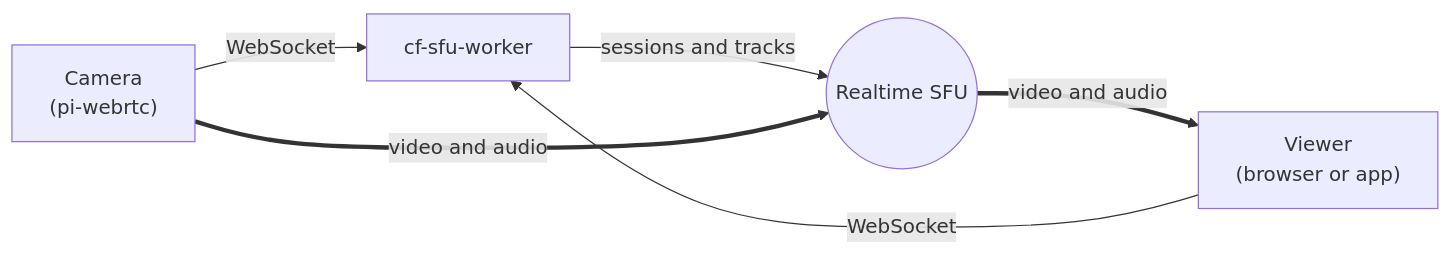
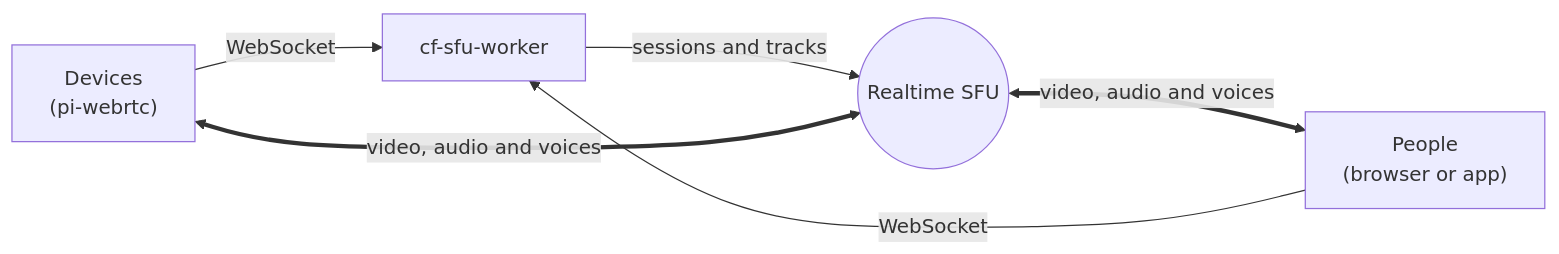
The diagram in README.md (mazupo/cf-sfu-worker), drawn with Mermaid before and after one commit. The commit also changed other lines of this file and 1 other file, not shown here.

Commit message:
docs: describe cf-sfu-worker as rooms where a team works with pi-webrtc devices

````diff
--- a/README.md
+++ b/README.md
@@ -10,8 +13,8 @@
 ```mermaid
 flowchart LR
-  Device["Camera<br/>(pi-webrtc)"] -- WebSocket --> Worker["cf-sfu-worker"]
-  Viewer["Viewer<br/>(browser or app)"] -- WebSocket --> Worker
+  Device["Devices<br/>(pi-webrtc)"] -- WebSocket --> Worker["cf-sfu-worker"]
+  People["People<br/>(browser or app)"] -- WebSocket --> Worker
   Worker -- sessions and tracks --> SFU(("Realtime SFU"))
-  Device == video and audio ==> SFU
-  SFU == video and audio ==> Viewer
+  Device <== video, audio and voices ==> SFU
+  SFU <== video, audio and voices ==> People
 ```
````
